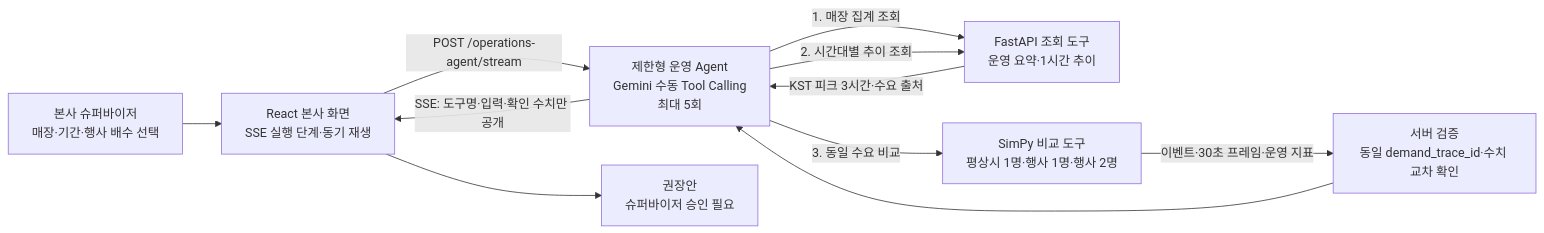
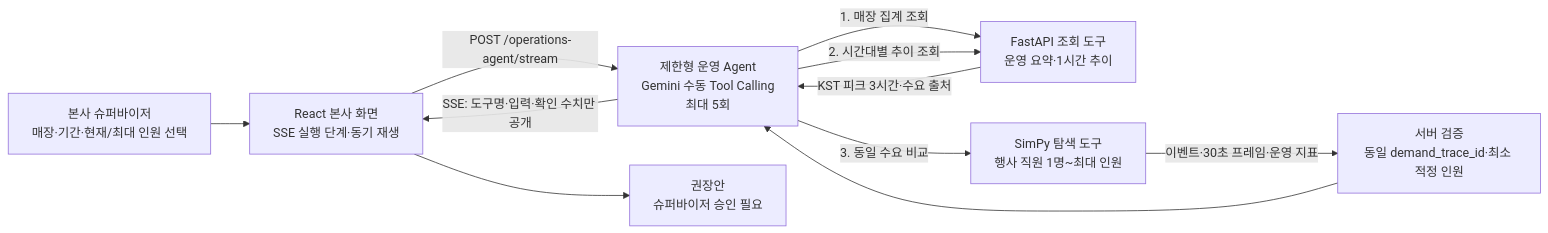
Before and after one commit to aivle-b-t24/ai-s-eye: the diagram in docs/operations-agent-evidence.md, drawn with Mermaid. The commit also changed other lines of this file and 9 other files, not shown here.

````diff
--- a/docs/operations-agent-evidence.md
+++ b/docs/operations-agent-evidence.md
@@ -9,21 +9,21 @@
 ```mermaid
 flowchart LR
-    U["본사 슈퍼바이저<br/>매장·기간·행사 배수 선택"]
+    U["본사 슈퍼바이저<br/>매장·기간·현재/최대 인원 선택"]
     D["React 본사 화면<br/>SSE 실행 단계·동기 재생"]
     A["제한형 운영 Agent<br/>Gemini 수동 Tool Calling<br/>최대 5회"]
     Q["FastAPI 조회 도구<br/>운영 요약·1시간 추이"]
-    S["SimPy 비교 도구<br/>평상시 1명·행사 1명·행사 2명"]
-    V["서버 검증<br/>동일 demand_trace_id·수치 교차 확인"]
+    S["SimPy 탐색 도구<br/>행사 직원 1명~최대 인원"]
+    V["서버 검증<br/>동일 demand_trace_id·최소 적정 인원"]
     R["권장안<br/>슈퍼바이저 승인 필요"]
 
     U --> D
     D -->|"POST /operations-agent/stream"| A
     A -->|"1. 매장 집계 조회"| Q
     A -->|"2. 시간대별 추이 조회"| Q
     Q -->|"KST 피크 3시간·수요 출처"| A
     A -->|"3. 동일 수요 비교"| S
     S -->|"이벤트·30초 프레임·운영 지표"| V
     V --> A
     A -->|"SSE: 도구명·입력·확인 수치만 공개"| D
     D --> R
 ```
````
